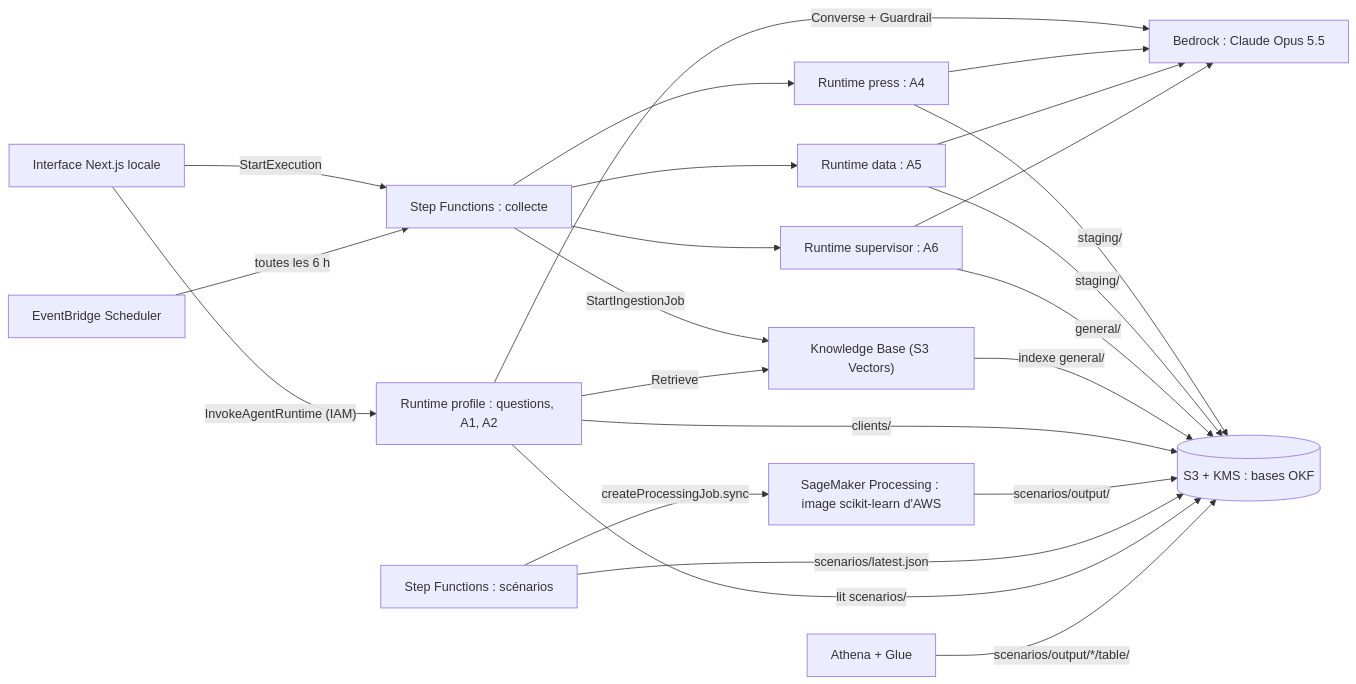
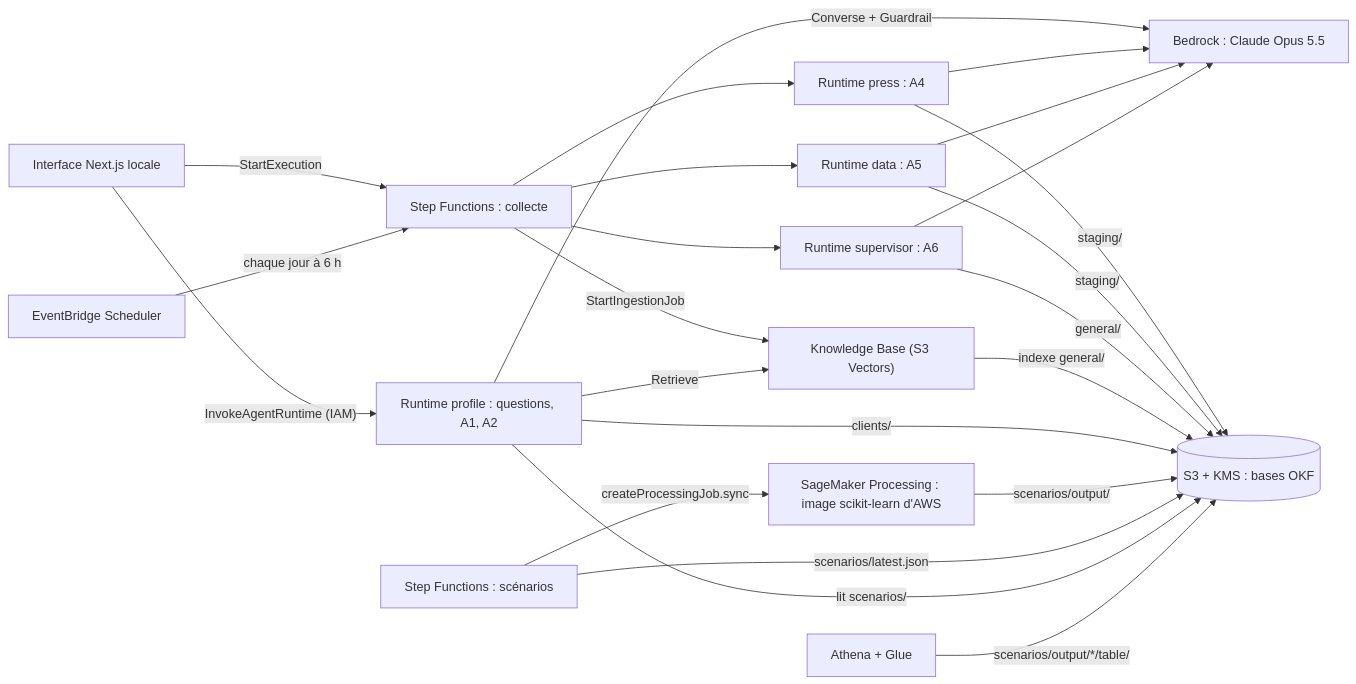
The first of 2 diagrams in infrastructure/README.md (sf-bit24/alphaforge-polyfinances-2026), drawn with Mermaid before and after one commit. The commit also changed other lines of this file and 10 other files, not shown here.

````diff
--- a/infrastructure/README.md
+++ b/infrastructure/README.md
@@ -20,25 +20,25 @@
 ```mermaid
 flowchart LR
     UI["Interface Next.js locale"] -->|"InvokeAgentRuntime (IAM)"| P["Runtime profile : questions, A1, A2"]
     UI -->|"StartExecution"| SF["Step Functions : collecte"]
-    SCH["EventBridge Scheduler"] -->|"toutes les 6 h"| SF
+    SCH["EventBridge Scheduler"] -->|"chaque jour à 6 h"| SF
     SF --> A4["Runtime press : A4"]
     SF --> A5["Runtime data : A5"]
     A4 -->|"staging/"| S3[("S3 + KMS : bases OKF")]
     A5 -->|"staging/"| S3
     SF --> A6["Runtime supervisor : A6"]
     A6 -->|"general/"| S3
     SF -->|"StartIngestionJob"| KB["Knowledge Base (S3 Vectors)"]
     KB -->|"indexe general/"| S3
     P -->|"clients/"| S3
     P -->|"Retrieve"| KB
     P -->|"Converse + Guardrail"| M["Bedrock : Claude Opus 5.5"]
     A4 --> M
     A5 --> M
     A6 --> M
     SFS["Step Functions : scénarios"] -->|"createProcessingJob.sync"| SM["SageMaker Processing : image scikit-learn d'AWS"]
     SM -->|"scenarios/output/"| S3
     SFS -->|"scenarios/latest.json"| S3
     P -->|"lit scenarios/"| S3
     ATH["Athena + Glue"] -->|"scenarios/output/*/table/"| S3
 ```
````
